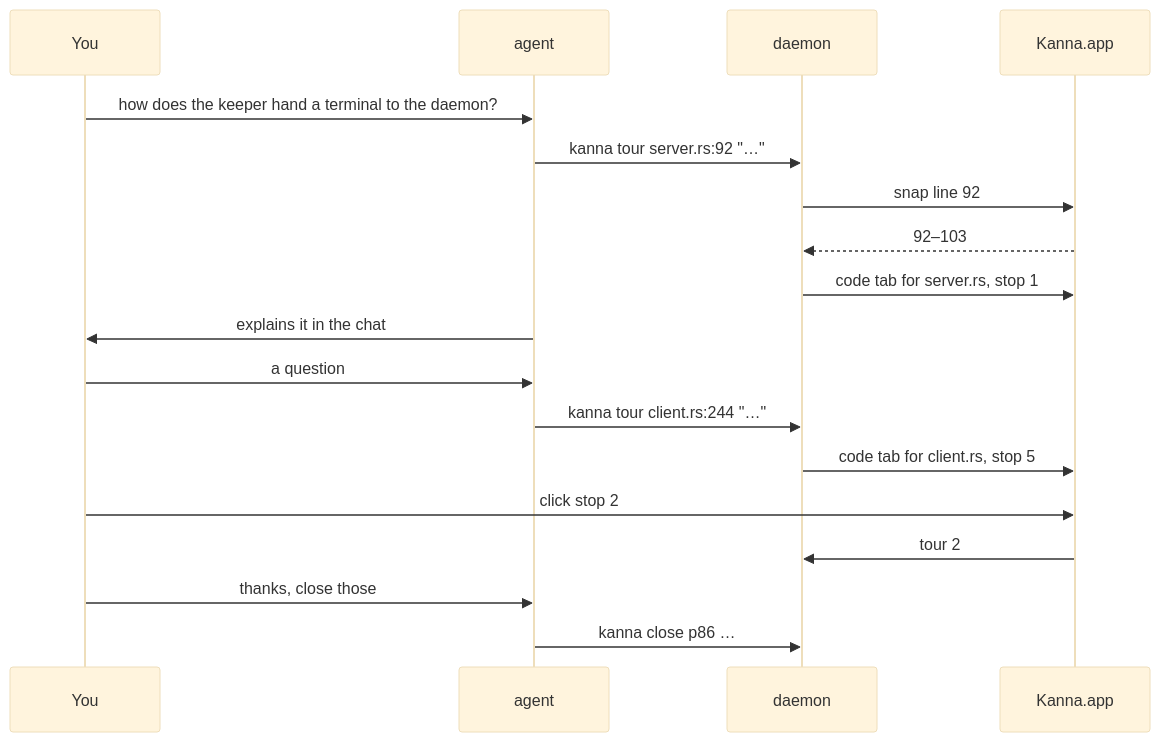
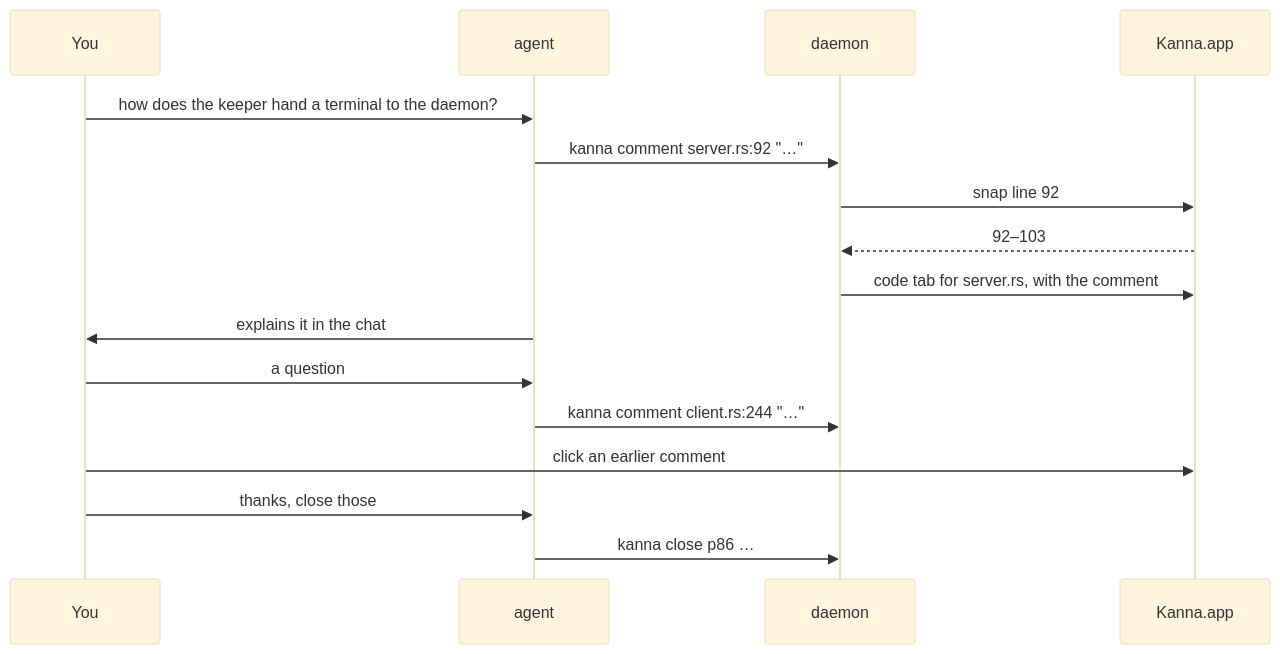
The first of 2 diagrams in docs/specs/code-tour.md (jemdiggity/kanna-v4), drawn with Mermaid (base theme) before and after one commit. The commit also changed other lines of this file and 5 other files, not shown here.

Commit message:
Code tour: no stops and no tour command, just kanna comment FILE:LINE "text"; each code tab lists its file's comments, the newest shown and the rest folded; comments live on the code pane's record

````diff
--- a/docs/specs/code-tour.md
+++ b/docs/specs/code-tour.md
@@ -23,20 +23,18 @@
 ```mermaid
 sequenceDiagram
     participant You
     participant A as agent
     participant D as daemon
     participant App as Kanna.app
     You->>A: how does the keeper hand a terminal to the daemon?
-    A->>D: kanna tour server.rs:92 "…"
+    A->>D: kanna comment server.rs:92 "…"
     D->>App: snap line 92
     App-->>D: 92–103
-    D->>App: code tab for server.rs, stop 1
+    D->>App: code tab for server.rs, with the comment
     A->>You: explains it in the chat
     You->>A: a question
-    A->>D: kanna tour client.rs:244 "…"
-    D->>App: code tab for client.rs, stop 5
-    You->>App: click stop 2
-    App->>D: tour 2
+    A->>D: kanna comment client.rs:244 "…"
+    You->>App: click an earlier comment
     You->>A: thanks, close those
     A->>D: kanna close p86 …
 ```
````
